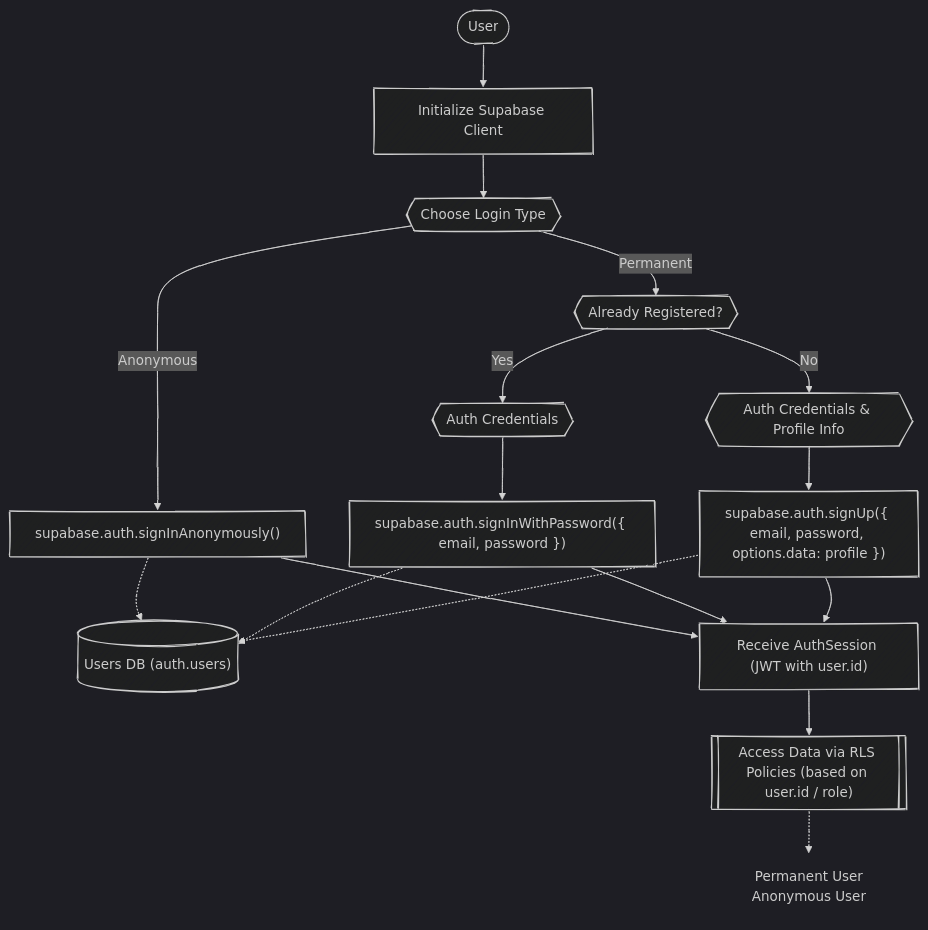
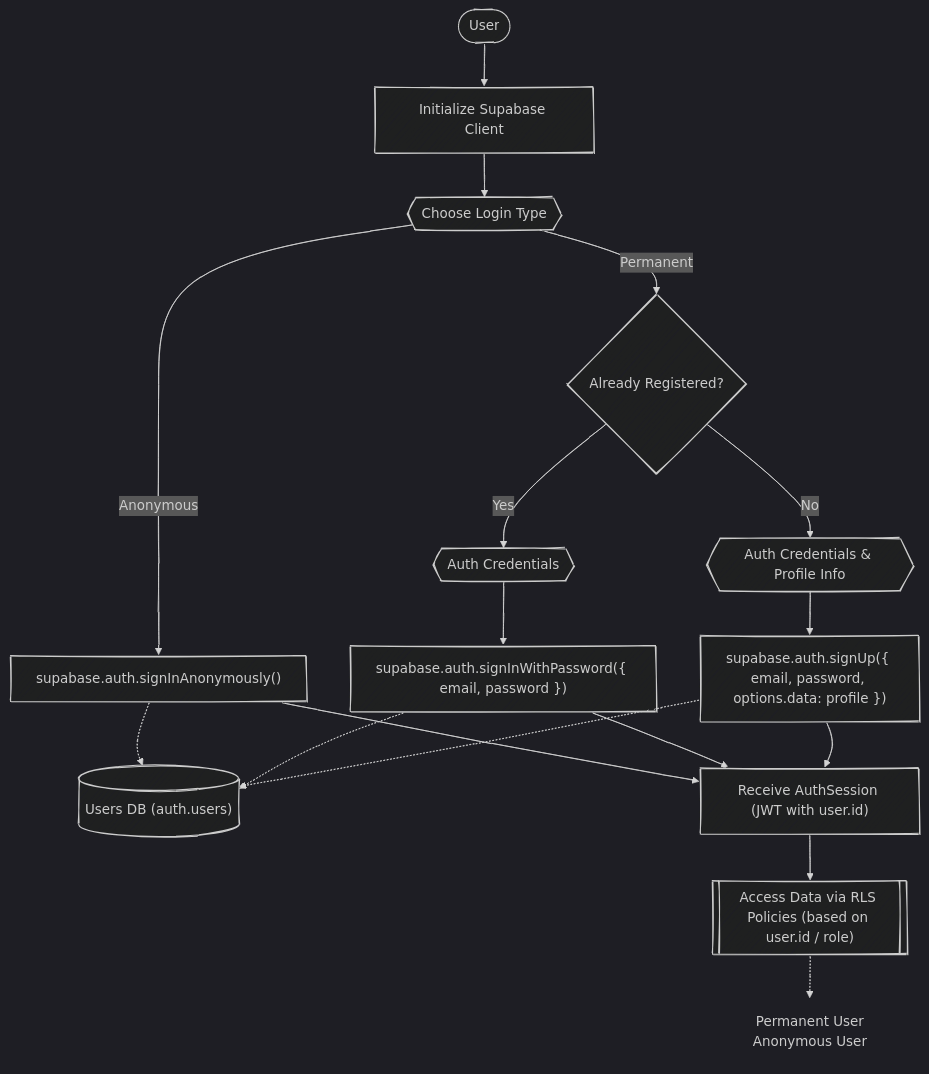
The diagram in docs/diagrams/login-module.md (NexushasTaken/Code-Conquest-The-Adventure-Game), drawn with Mermaid before and after one commit. The commit also changed 1 other file, not shown here.

Commit message:
export login-module.md as drawio

````diff
--- a/docs/diagrams/login-module.md
+++ b/docs/diagrams/login-module.md
@@ -1,33 +1,33 @@
 ```mermaid
 ---
 config:
   look: handDrawn
   theme: dark
 ---
 flowchart TD
   Start(["User"]) --> InitClient["Initialize Supabase Client"]
   InitClient --> ChooseMode{{"Choose Login Type"}}
 
   ChooseMode -->|Anonymous| AnonLogin["supabase.auth.signInAnonymously()"]
-  ChooseMode -->|Permanent| AuthOrSignup{{"Already Registered?"}}
+  ChooseMode -->|Permanent| AuthOrSignup{"Already Registered?"}
 
   AuthOrSignup -->|Yes| SignInCredentials{{"Auth Credentials"}}
   SignInCredentials --> AuthLogin["supabase.auth.signInWithPassword({ email, password })"]
   AuthOrSignup -->|No| SignUpCredentials{{"Auth Credentials & Profile Info"}}
   SignUpCredentials --> SignUp["supabase.auth.signUp({ email, password, options.data: profile })"]
 
   AnonLogin -.-> UserDB[("Users DB (auth.users)")]
   AuthLogin -.-> UserDB
   SignUp -.-> UserDB
 
   AnonLogin --> Session["Receive AuthSession (JWT with user.id)"]
   AuthLogin --> Session
   SignUp --> Session
 
   Session --> AccessByLevels[["Access Data via RLS Policies (based on user.id / role)"]]
 
   AccessByLevels -.-> AccessModes["Permanent User
                                   Anonymous User"]
 
   style AccessModes fill:none,stroke:none
 ```
````
